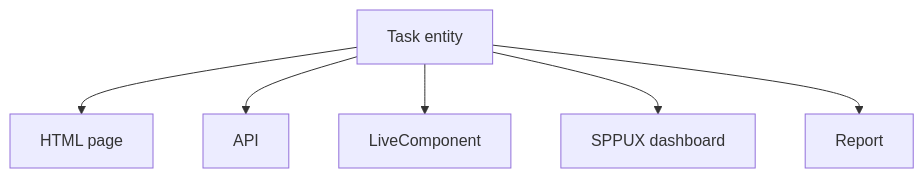
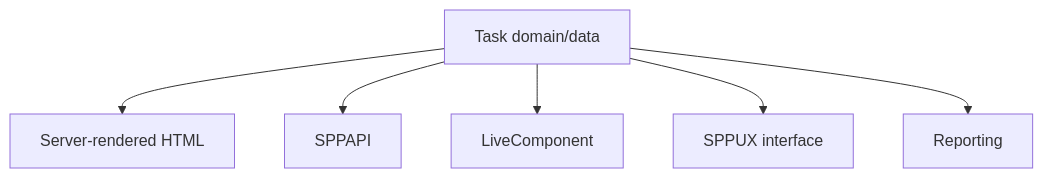
One commit to shuklasp/spp changed the fifth of 5 diagrams in documentation/handbook/40-data-entities-sppdb-and-xdb.md. Above: the diagram before and after it, drawn with Mermaid. The commit also changed other lines of this file, not shown here.

Commit message:
docs: reconcile persistence architecture branch

````diff
--- a/documentation/handbook/40-data-entities-sppdb-and-xdb.md
+++ b/documentation/handbook/40-data-entities-sppdb-and-xdb.md
@@ -460,8 +204,8 @@
 ```mermaid
 flowchart TD
-    A[Task entity] --> B[HTML page]
-    A --> C[API]
+    A[Task domain/data] --> B[Server-rendered HTML]
+    A --> C[SPPAPI]
     A --> D[LiveComponent]
-    A --> E[SPPUX dashboard]
-    A --> F[Report]
+    A --> E[SPPUX interface]
+    A --> F[Reporting]
 ```
````
